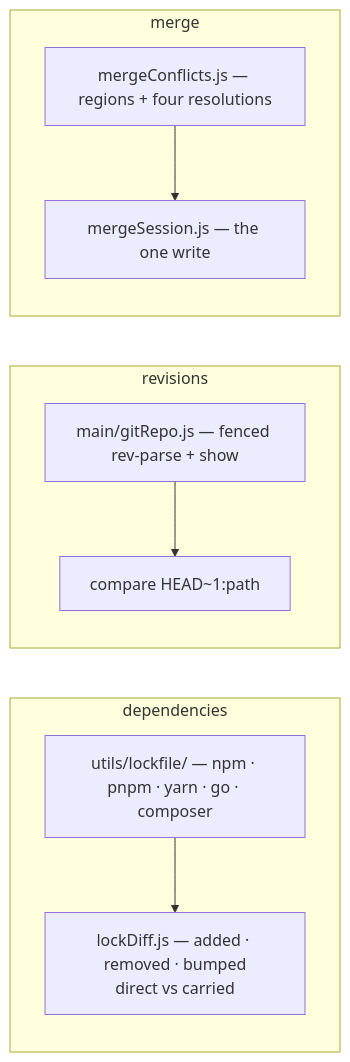
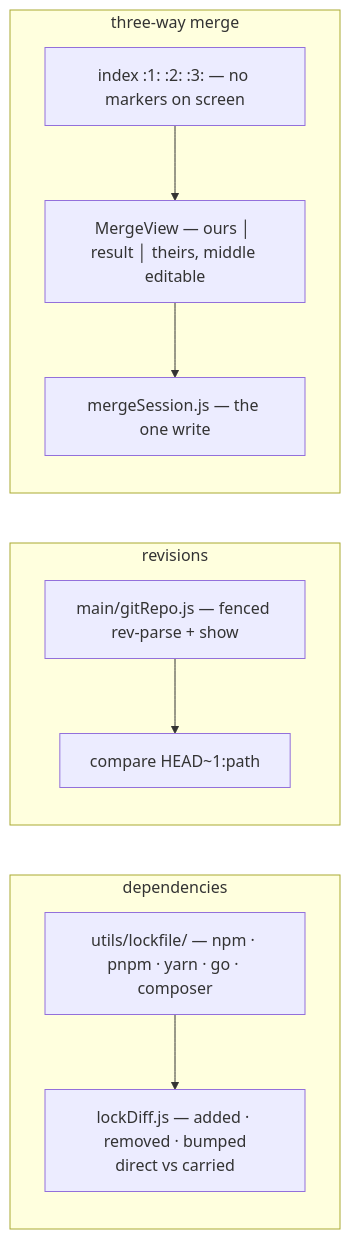
Before and after one commit to mindaugaskasp/diff-bro: the fifth of 10 diagrams in docs/roadmap.md, drawn with Mermaid. The commit also changed other lines of this file and 377 other files, not shown here.

First line of the commit message:
A real three-way merge view — ours │ result │ theirs, the middle one editable (#53)

````diff
--- a/docs/roadmap.md
+++ b/docs/roadmap.md
@@ -183,18 +183,19 @@
 ```mermaid
 flowchart LR
   subgraph deps["dependencies"]
     l["utils/lockfile/ — npm · pnpm · yarn · go · composer"]
     d["lockDiff.js — added · removed · bumped<br>direct vs carried"]
     l --> d
   end
   subgraph git["revisions"]
     g["main/gitRepo.js — fenced rev-parse + show"]
     c["compare HEAD~1:path"]
     g --> c
   end
-  subgraph merge["merge"]
-    m["mergeConflicts.js — regions + four resolutions"]
+  subgraph merge["three-way merge"]
+    m["index :1: :2: :3: — no markers on screen"]
+    v["MergeView — ours │ result │ theirs, middle editable"]
     w["mergeSession.js — the one write"]
-    m --> w
+    m --> v --> w
   end
 ```
````
